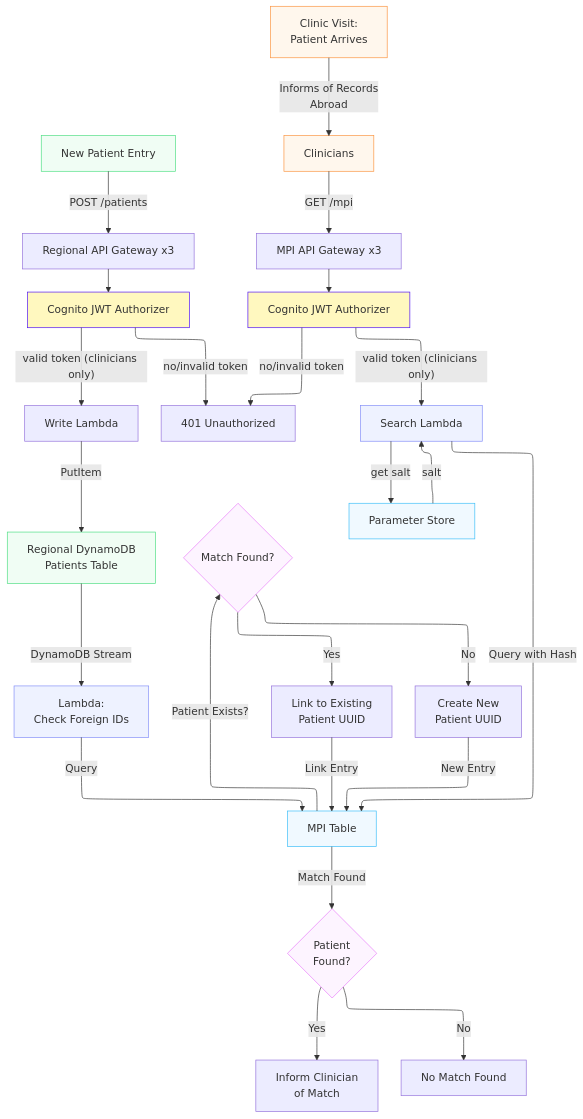
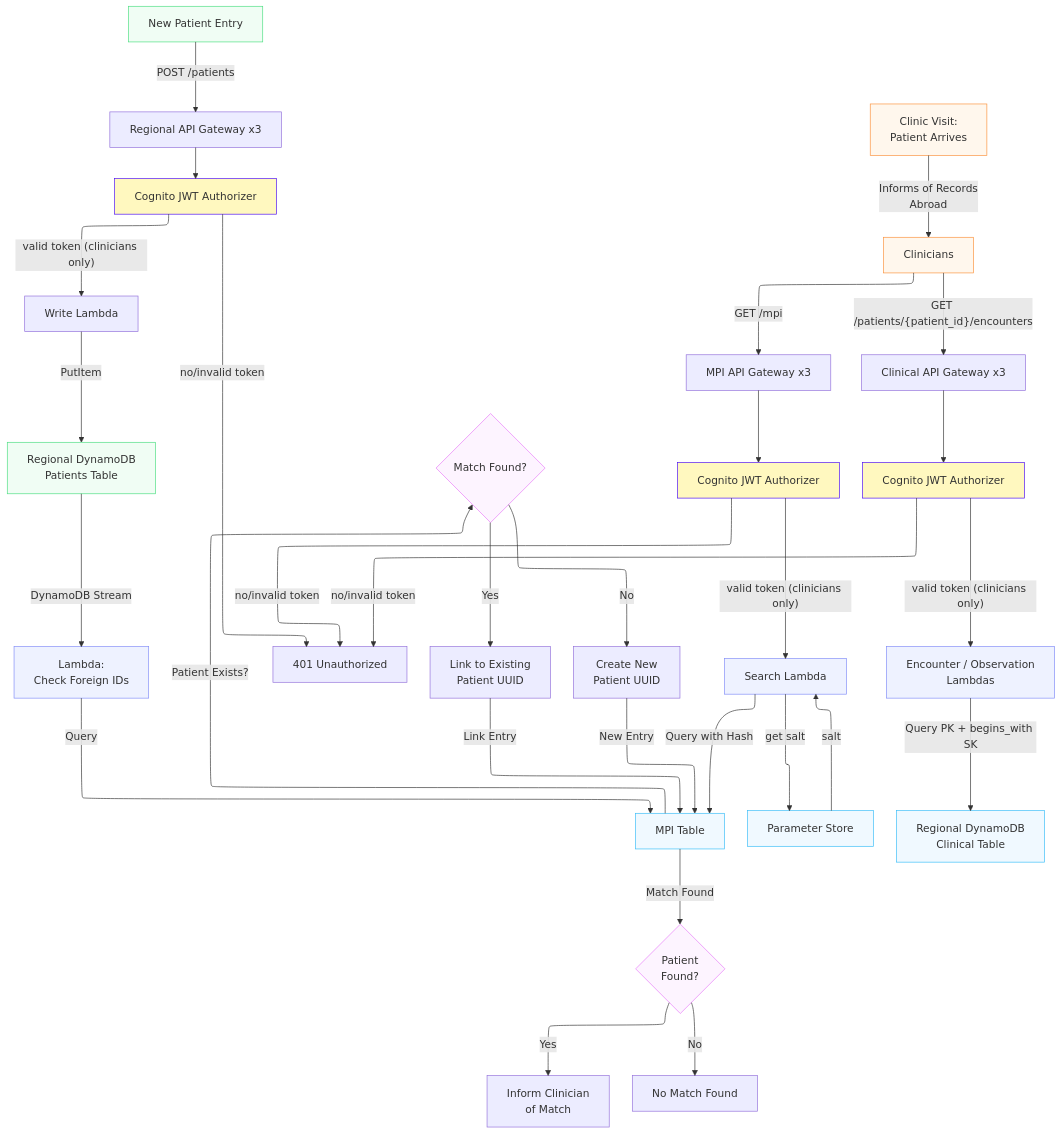
One commit to tobsterin/Multi-Region-EHR-API changed the diagram in README.md. Above: the diagram before and after it, drawn with Mermaid. The commit also changed other lines of this file, not shown here.

Commit message:
docs: add clinical vaults to README and architecture diagram

````diff
--- a/README.md
+++ b/README.md
@@ -21,50 +21,59 @@
 ```mermaid
 ---
 config:
   layout: elk
 ---
 flowchart TB
     A["New Patient Entry"] -- POST /patients --> AG1["Regional API Gateway x3"]
     AG1 --> AUTH1["Cognito JWT Authorizer"]
     AUTH1 -- valid token (clinicians only) --> WL["Write Lambda"]
     AUTH1 -- no/invalid token --> X["401 Unauthorized"]
     WL -- PutItem --> B["Regional DynamoDB<br>Patients Table"]
     B -- DynamoDB Stream --> C["Lambda:<br>Check Foreign IDs"]
     C -- Query --> D["MPI Table"]
     D -- Patient Exists? --> E{"Match Found?"}
     E -- Yes --> F["Link to Existing<br>Patient UUID"]
     E -- No --> G["Create New<br>Patient UUID"]
     F -- Link Entry --> D
     G -- New Entry --> D
     I["Clinic Visit:<br>Patient Arrives"] -- Informs of Records<br>Abroad --> J["Clinicians"]
     J -- GET /mpi --> AG2["MPI API Gateway x3"]
     AG2 --> AUTH2["Cognito JWT Authorizer"]
     AUTH2 -- valid token (clinicians only) --> K["Search Lambda"]
-    AUTH2 -- no/invalid token --> X["401 Unauthorized"]
+    AUTH2 -- no/invalid token --> X
     K -- get salt --> L["Parameter Store"]
     L -- salt --> K
     K -- Query with Hash --> D
     D -- Match Found --> M{"Patient<br>Found?"}
     M -- Yes --> N["Inform Clinician<br>of Match"]
     M -- No --> O["No Match Found"]
+    J -- GET /patients/{patient_id}/encounters --> AG3["Clinical API Gateway x3"]
+    AG3 --> AUTH3["Cognito JWT Authorizer"]
+    AUTH3 -- valid token (clinicians only) --> CL["Encounter / Observation<br>Lambdas"]
+    AUTH3 -- no/invalid token --> X
+    CL -- Query PK + begins_with SK --> CV["Regional DynamoDB<br>Clinical Table"]
 
 
      A:::creation
      B:::creation
      C:::lambda
      D:::database
      E:::decision
      I:::clinician
      J:::clinician
      K:::lambda
      L:::database
      M:::decision
      AUTH1:::auth
      AUTH2:::auth
+     AUTH3:::auth
+     CL:::lambda
+     CV:::database
     classDef creation fill:#f0fdf4,stroke:#4ade80
     classDef lambda fill:#eef2ff,stroke:#818cf8
     classDef database fill:#f0f9ff,stroke:#38bdf8
     classDef clinician fill:#fff7ed,stroke:#fb923c
     classDef decision fill:#fdf4ff,stroke:#e879f9
     classDef auth fill:#fff8bf,stroke:#4a0bf6
+    
 ```
````
